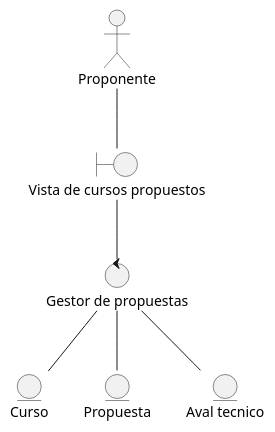
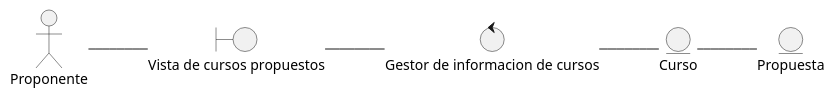
Before and after one commit to Samantha-Ramirez/ProyectoEquipo7ING: the diagram in docs/scenariosView/DisciplinaDeAnalisisDiagramaDeClaseVerCursos.plantuml, drawn with PlantUML. The commit also changed 26 other files, not shown here.

Commit message:
Diagramas de clases de analisis y paquetes 2906

```diff
--- a/docs/scenariosView/DisciplinaDeAnalisisDiagramaDeClaseVerCursos.plantuml
+++ b/docs/scenariosView/DisciplinaDeAnalisisDiagramaDeClaseVerCursos.plantuml
@@ -1,19 +1,18 @@
 @startuml DisciplinaDeAnalisisDiagramaDeClaseVerCursos
+left to right direction
+
 actor "Proponente" as actorProponente
 
 entity "Curso" as entidadCurso
 entity "Propuesta" as entidadPropuesta
-entity "Aval tecnico" as entidadAval
 
 boundary "Vista de cursos propuestos" as vistaCursosPropuestos
 
-control "Gestor de propuestas" as ctrlGestorInformacionCursos
+control "Gestor de informacion de cursos" as ctrlGestorInformacionCursos
 
 actorProponente -- vistaCursosPropuestos
 vistaCursosPropuestos -- ctrlGestorInformacionCursos
 ctrlGestorInformacionCursos -- entidadCurso
-ctrlGestorInformacionCursos -- entidadPropuesta
-ctrlGestorInformacionCursos -- entidadAval
-
+entidadCurso -- entidadPropuesta
 
 @enduml
```
